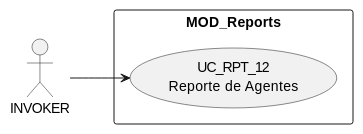
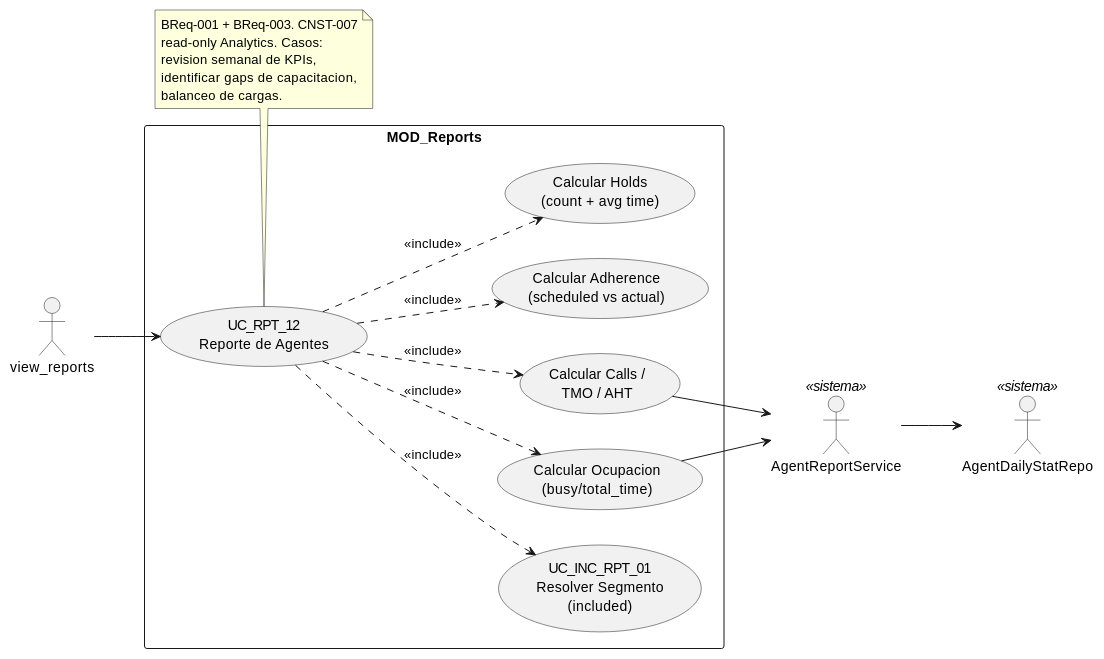
One commit to jcg-admin/IACT-docs changed the diagram in source/requisitos/casos-uso/reports/uc-rpt-12/diagramas-uml/diagrama-de-caso-de-uso.rst. Above: the diagram before and after it, drawn with PlantUML. The commit also changed 8 other files, not shown here.

```diff
--- a/source/requisitos/casos-uso/reports/uc-rpt-12/diagramas-uml/diagrama-de-caso-de-uso.rst
+++ b/source/requisitos/casos-uso/reports/uc-rpt-12/diagramas-uml/diagrama-de-caso-de-uso.rst
@@ -4,22 +4,40 @@
 .. uml::
  :caption: UC_RPT_12 — actores y casos asociados
 
  @startuml
 
  left to right direction
 
- ' TODO (use-case-view-uml07-rebuild Nivel A): completar
- ' actores (INVOKER + beneficiarios + Sistema), sub-usecases
- ' (validaciones, side-effects, audit emit), relaciones
- ' (`<<include>>`, `<<extend>>`) y notas referenciando BRs/CNSTs.
- ' Ver patron canonico en uc-acc-01/diagramas-uml/diagrama-de-caso-de-uso.rst.
-
- actor "INVOKER" as INVOKER
+ actor "view_reports" as INVOKER
+ actor "AgentReportService" as SVC <<sistema>>
+ actor "AgentDailyStatRepo" as REPO <<sistema>>
 
  rectangle "MOD_Reports" {
    usecase "UC_RPT_12\nReporte de Agentes" as UC_RPT_12
+   usecase "UC_INC_RPT_01\nResolver Segmento\n(included)" as UC_INC_RPT_01
+   usecase "Calcular Calls /\nTMO / AHT" as METRIC_HANDLE
+   usecase "Calcular Ocupacion\n(busy/total_time)" as METRIC_OCUP
+   usecase "Calcular Adherence\n(scheduled vs actual)" as METRIC_ADH
+   usecase "Calcular Holds\n(count + avg time)" as METRIC_HOLD
  }
 
  INVOKER --> UC_RPT_12
+ UC_RPT_12 ..> UC_INC_RPT_01 : <<include>>
+ UC_RPT_12 ..> METRIC_HANDLE : <<include>>
+ UC_RPT_12 ..> METRIC_OCUP : <<include>>
+ UC_RPT_12 ..> METRIC_ADH : <<include>>
+ UC_RPT_12 ..> METRIC_HOLD : <<include>>
+
+ METRIC_HANDLE --> SVC
+ METRIC_OCUP --> SVC
+ SVC --> REPO
+
+ note bottom of UC_RPT_12
+   BReq-001 + BReq-003. CNST-007
+   read-only Analytics. Casos:
+   revision semanal de KPIs,
+   identificar gaps de capacitacion,
+   balanceo de cargas.
+ end note
 
  @enduml
```
